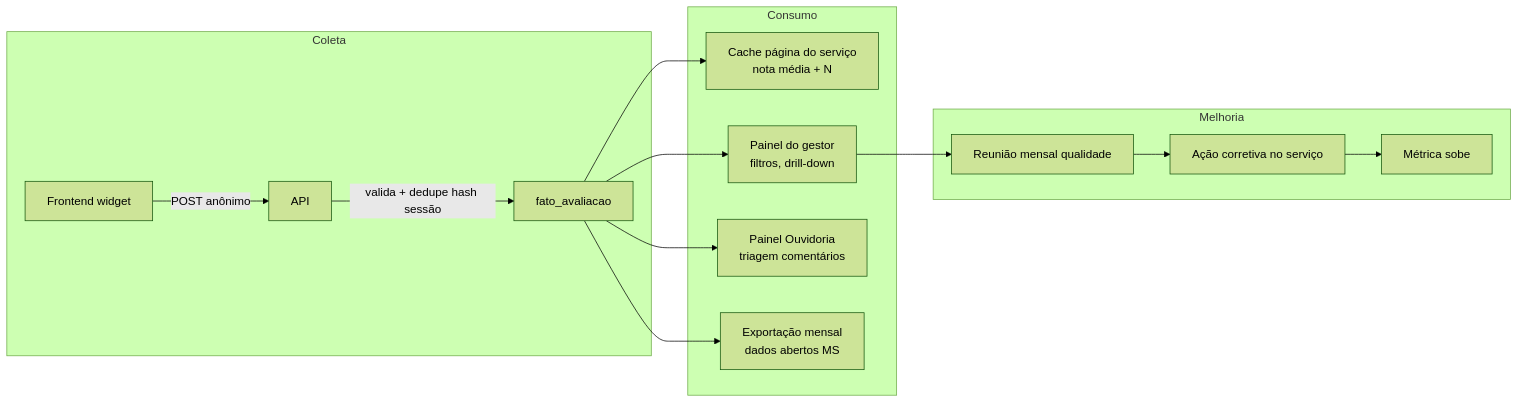
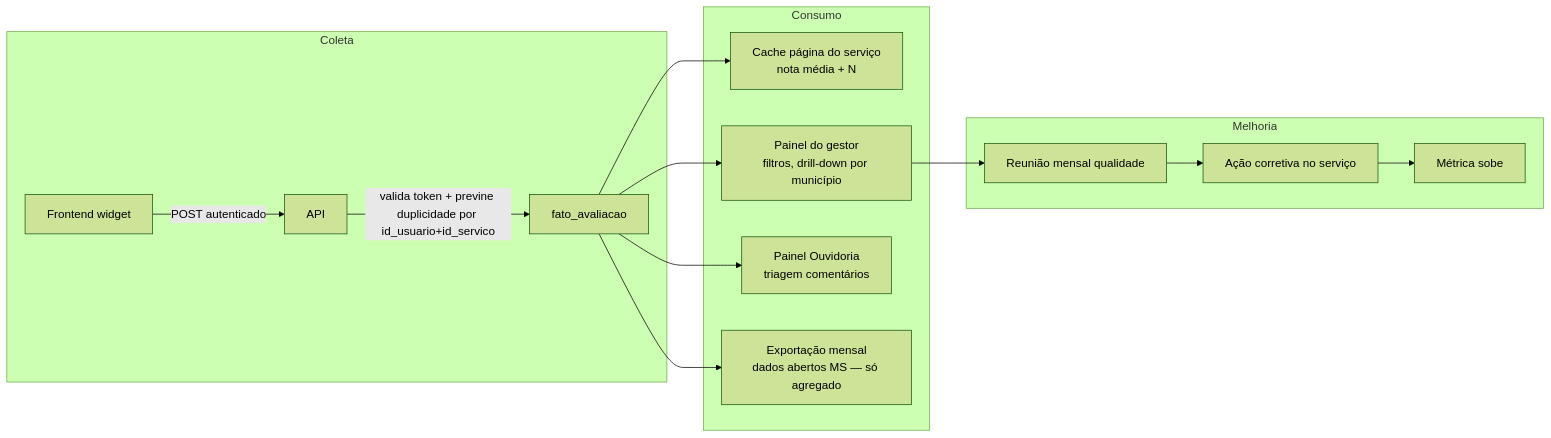
One commit to fabioramos-02/avaliacao-de-servicos changed the second of 2 diagrams in docs/05-proposta/fluxo.md. Above: the diagram before and after it, drawn with Mermaid (forest theme). The commit also changed other lines of this file and 27 other files, not shown here.

````diff
--- a/docs/05-proposta/fluxo.md
+++ b/docs/05-proposta/fluxo.md
@@ -22,20 +50,20 @@
 ```mermaid
 graph LR
     subgraph Coleta
-        A1[Frontend widget] -->|POST anônimo| A2[API]
-        A2 -->|valida + dedupe hash sessão| A3[fato_avaliacao]
+        A1[Frontend widget] -->|POST autenticado| A2[API]
+        A2 -->|valida token + previne duplicidade por id_usuario+id_servico| A3[fato_avaliacao]
     end
 
     subgraph Consumo
         A3 --> B1[Cache página do serviço<br/>nota média + N]
-        A3 --> B2[Painel do gestor<br/>filtros, drill-down]
+        A3 --> B2[Painel do gestor<br/>filtros, drill-down por município]
         A3 --> B3[Painel Ouvidoria<br/>triagem comentários]
-        A3 --> B4[Exportação mensal<br/>dados abertos MS]
+        A3 --> B4[Exportação mensal<br/>dados abertos MS — só agregado]
     end
 
     subgraph Melhoria
         B2 --> C1[Reunião mensal qualidade]
         C1 --> C2[Ação corretiva no serviço]
         C2 --> D1[Métrica sobe]
     end
 ```
````
